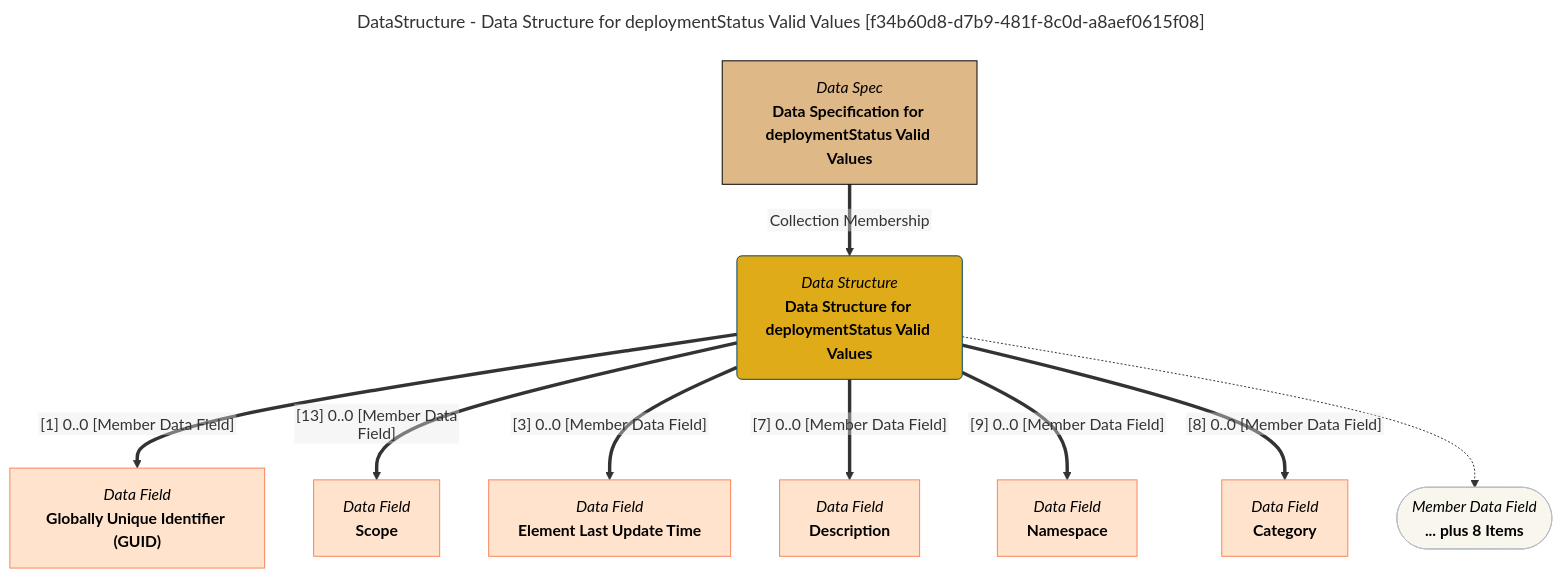
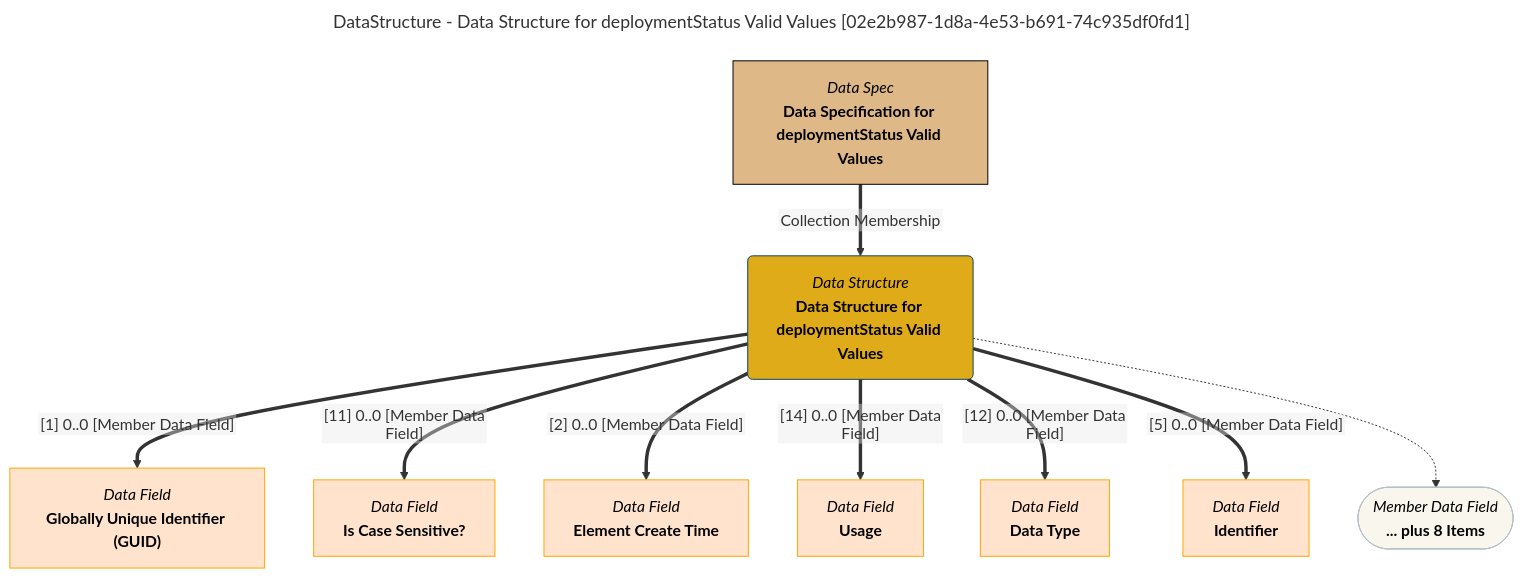
Before and after one commit to odpi/egeria-docs: the diagram in site/snippets/data-structures/data-structure-for-deploymentstatus-valid-values-mermaid-graph.md, drawn with Mermaid. The commit also changed 2201 other files, not shown here.

````diff
--- a/site/snippets/data-structures/data-structure-for-deploymentstatus-valid-values-mermaid-graph.md
+++ b/site/snippets/data-structures/data-structure-for-deploymentstatus-valid-values-mermaid-graph.md
@@ -1,43 +1,43 @@
 ```mermaid
 ---
-title: DataStructure - Data Structure for deploymentStatus Valid Values [f34b60d8-d7b9-481f-8c0d-a8aef0615f08]
+title: DataStructure - Data Structure for deploymentStatus Valid Values [02e2b987-1d8a-4e53-b691-74c935df0fd1]
 ---
 flowchart TD
 %%{init: {"flowchart": {"htmlLabels": false}} }%%
 
 1@{ shape: rounded, label: "*Data Structure*
 **Data Structure for deploymentStatus Valid Values**"}
 2@{ shape: rect, label: "*Data Spec*
 **Data Specification for deploymentStatus Valid Values**"}
 2==>|"Collection Membership"|1
 3@{ shape: rect, label: "*Data Field*
 **Globally Unique Identifier (GUID)**"}
 1==>|"[1] 0..0 [Member Data Field]"|3
 4@{ shape: rect, label: "*Data Field*
-**Scope**"}
-1==>|"[13] 0..0 [Member Data Field]"|4
+**Is Case Sensitive?**"}
+1==>|"[11] 0..0 [Member Data Field]"|4
 5@{ shape: rect, label: "*Data Field*
-**Element Last Update Time**"}
-1==>|"[3] 0..0 [Member Data Field]"|5
+**Element Create Time**"}
+1==>|"[2] 0..0 [Member Data Field]"|5
 6@{ shape: rect, label: "*Data Field*
-**Description**"}
-1==>|"[7] 0..0 [Member Data Field]"|6
+**Usage**"}
+1==>|"[14] 0..0 [Member Data Field]"|6
 7@{ shape: rect, label: "*Data Field*
-**Namespace**"}
-1==>|"[9] 0..0 [Member Data Field]"|7
+**Data Type**"}
+1==>|"[12] 0..0 [Member Data Field]"|7
 8@{ shape: rect, label: "*Data Field*
-**Category**"}
-1==>|"[8] 0..0 [Member Data Field]"|8
+**Identifier**"}
+1==>|"[5] 0..0 [Member Data Field]"|8
 9@{ shape: stadium, label: "*Member Data Field*
 **... plus 8 Items**"}
 1-.->9
 style 1 color:#000000, fill:#e0ab18, stroke:#004563
-style 2 color:#000000, fill:#deb887, stroke:#000000
-style 3 color:#000000, fill:#ffe3cc, stroke:#f9845b
-style 4 color:#000000, fill:#ffe3cc, stroke:#f9845b
-style 5 color:#000000, fill:#ffe3cc, stroke:#f9845b
-style 6 color:#000000, fill:#ffe3cc, stroke:#f9845b
-style 7 color:#000000, fill:#ffe3cc, stroke:#f9845b
-style 8 color:#000000, fill:#ffe3cc, stroke:#f9845b
+style 2 color:#000000, fill:#DEB887, stroke:#000000
+style 3 color:#000000, fill:#ffe3cc, stroke:#FFA500
+style 4 color:#000000, fill:#ffe3cc, stroke:#FFA500
+style 5 color:#000000, fill:#ffe3cc, stroke:#FFA500
+style 6 color:#000000, fill:#ffe3cc, stroke:#FFA500
+style 7 color:#000000, fill:#ffe3cc, stroke:#FFA500
+style 8 color:#000000, fill:#ffe3cc, stroke:#FFA500
 style 9 color:#000000, fill:#F9F7ED, stroke:#b7c0c7
 ```
````
